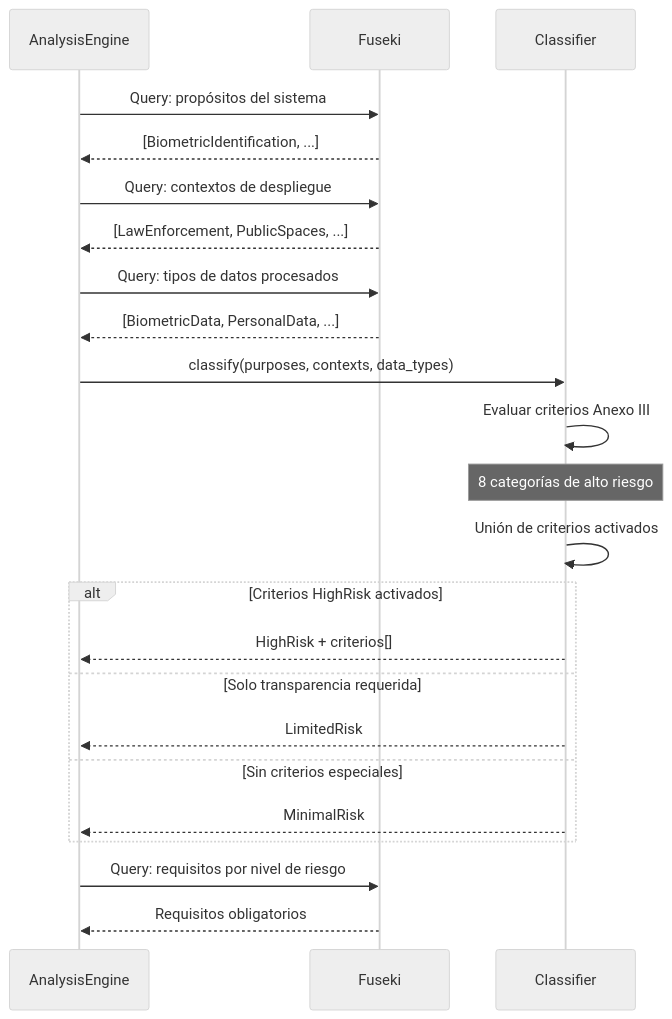
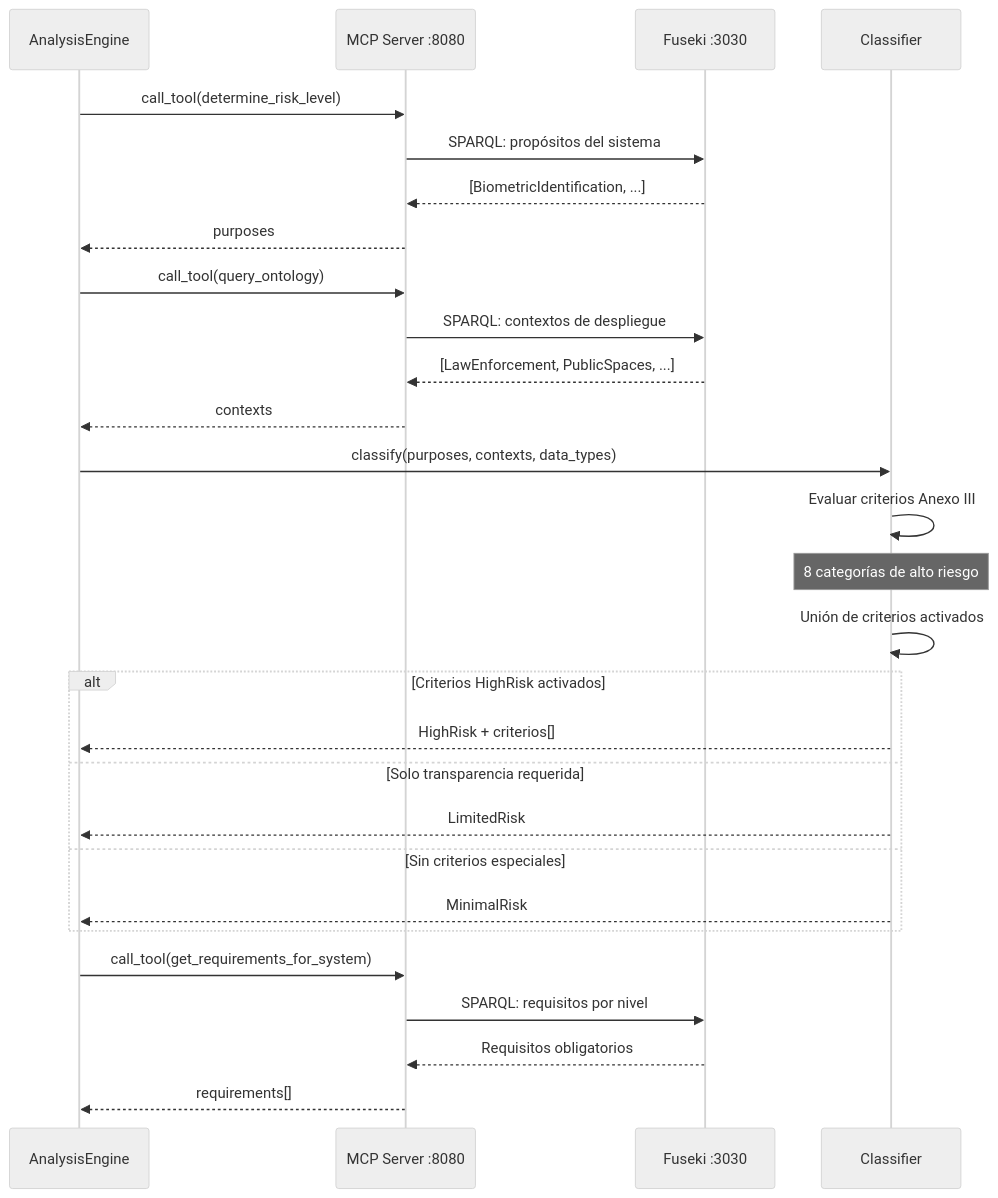
One commit to cartesiosson/ai_act_project changed the fourth of 5 diagrams in forensic_agent/README.md. Above: the diagram before and after it, drawn with Mermaid (neutral theme). The commit also changed other lines of this file, not shown here.

````diff
--- a/forensic_agent/README.md
+++ b/forensic_agent/README.md
@@ -180,33 +190,37 @@
 ```mermaid
 sequenceDiagram
     participant AE as AnalysisEngine
-    participant FK as Fuseki
+    participant MCP as MCP Server :8080
+    participant FK as Fuseki :3030
     participant CL as Classifier
 
-    AE->>FK: Query: propósitos del sistema
-    FK-->>AE: [BiometricIdentification, ...]
+    AE->>MCP: call_tool(determine_risk_level)
+    MCP->>FK: SPARQL: propósitos del sistema
+    FK-->>MCP: [BiometricIdentification, ...]
+    MCP-->>AE: purposes
 
-    AE->>FK: Query: contextos de despliegue
-    FK-->>AE: [LawEnforcement, PublicSpaces, ...]
-
-    AE->>FK: Query: tipos de datos procesados
-    FK-->>AE: [BiometricData, PersonalData, ...]
+    AE->>MCP: call_tool(query_ontology)
+    MCP->>FK: SPARQL: contextos de despliegue
+    FK-->>MCP: [LawEnforcement, PublicSpaces, ...]
+    MCP-->>AE: contexts
 
     AE->>CL: classify(purposes, contexts, data_types)
 
     CL->>CL: Evaluar criterios Anexo III
     Note over CL: 8 categorías de alto riesgo
 
     CL->>CL: Unión de criterios activados
 
     alt Criterios HighRisk activados
         CL-->>AE: HighRisk + criterios[]
     else Solo transparencia requerida
         CL-->>AE: LimitedRisk
     else Sin criterios especiales
         CL-->>AE: MinimalRisk
     end
 
-    AE->>FK: Query: requisitos por nivel de riesgo
-    FK-->>AE: Requisitos obligatorios
+    AE->>MCP: call_tool(get_requirements_for_system)
+    MCP->>FK: SPARQL: requisitos por nivel
+    FK-->>MCP: Requisitos obligatorios
+    MCP-->>AE: requirements[]
 ```
````
